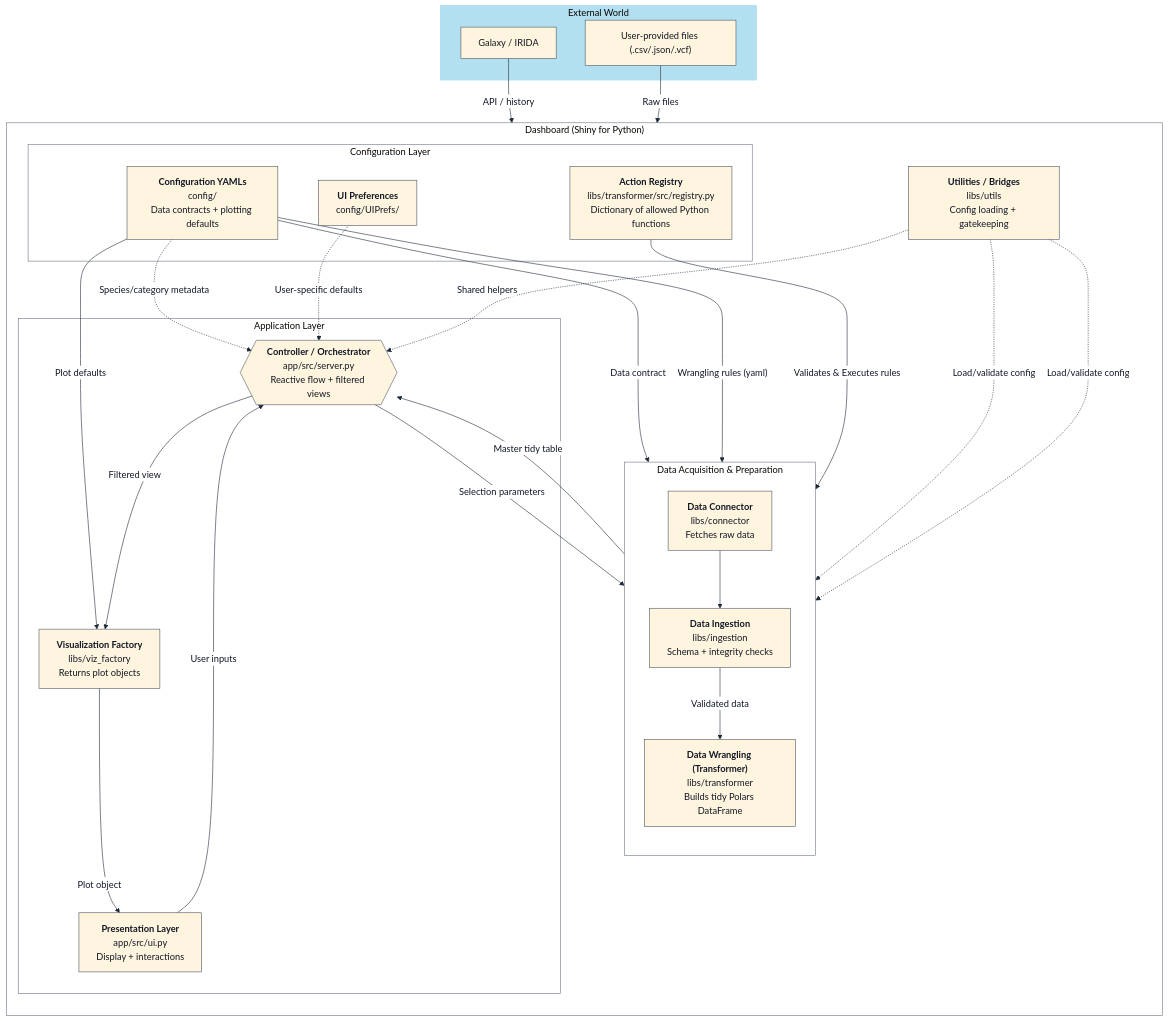
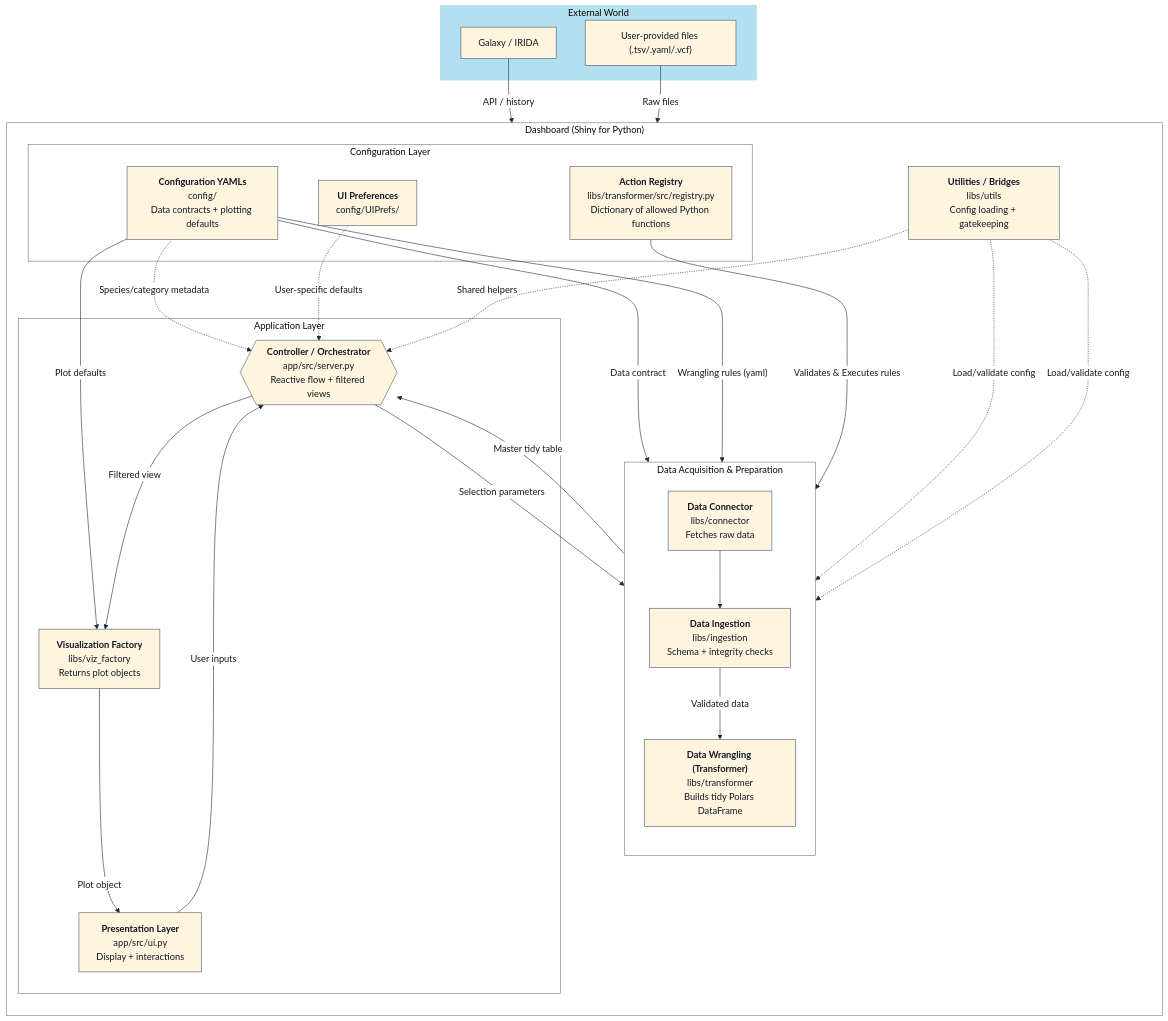
One commit to NorwegianVeterinaryInstitute/SPARMVET_VIZ changed the diagram in docs/architecture/_mermaid.mmd. Above: the diagram before and after it, drawn with Mermaid. The commit also changed 44 other files, not shown here.

Commit message:
feat: Introduce new connector adapters, app server, and UI components, while refining transformer actions, ingestion logic, and architecture documentation.

```diff
--- a/docs/architecture/_mermaid.mmd
+++ b/docs/architecture/_mermaid.mmd
@@ -1,77 +1,77 @@
 %%{init: {
     "theme": "base",
     "themeVariables": {
         "clusterBkg": "transparent",
         "clusterBorder": "#6b7280",
         "lineColor": "#1f2937",
         "primaryBorderColor": "#4b5563",
         "primaryTextColor": "#111827",
         "edgeLabelBackground": "#ffffff",
         "stroke-width": "8px",
         "stroke": "#b2e0f0"
     }
 }}%%
 
 
 %% "primaryColor": "transparent",
 %% "secondaryColor": "transparent",
 %% "tertiaryColor": "transparent",
         
 
 
 
 graph TD
     subgraph Ext["External World"]
         Galaxy["Galaxy / IRIDA"]
-        Upload["User-provided files (.csv/.json/.vcf)"]
+        Upload["User-provided files (.tsv/.yaml/.vcf)"]
     end
 
     subgraph Dash["Dashboard (Shiny for Python)"]
         direction TB
 
         subgraph DataPath["Data Acquisition & Preparation"]
             direction TB
             Connector["<b>Data Connector</b><br/>libs/connector<br/>Fetches raw data"]
             Ingest["<b>Data Ingestion</b><br/>libs/ingestion<br/>Schema + integrity checks"]
             Transform["<b>Data Wrangling (Transformer)</b><br/>libs/transformer<br/>Builds tidy Polars DataFrame"]
         end
 
         subgraph ConfigLayer["Configuration Layer"]
             Config["<b>Configuration YAMLs</b><br/>config/<br/>Data contracts + plotting defaults"]
             ActionReg["<b>Action Registry</b><br/>libs/transformer/src/registry.py<br/>Dictionary of allowed Python functions"]
             UIPrefs["<b>UI Preferences</b><br/>config/UIPrefs/"]
         end
 
         Utils["<b>Utilities / Bridges</b><br/>libs/utils<br/>Config loading + gatekeeping"]
 
         subgraph AppLayer["Application Layer"]
             Controller{{"<b>Controller / Orchestrator</b><br/>app/src/server.py<br/>Reactive flow + filtered views"}}
             Factory["<b>Visualization Factory</b><br/>libs/viz_factory<br/>Returns plot objects"]
             UI["<b>Presentation Layer</b><br/>app/src/ui.py<br/>Display + interactions"]
         end
     end
 
     Galaxy -->|"API / history"| Connector
     Upload -->|"Raw files"| Ingest
     Connector --> Ingest
     Ingest -->|"Validated data"| Transform
 
     Config -->|"Data contract"| Ingest
     Config -->|"Wrangling rules (yaml)"| Transform
     ActionReg -->|"Validates & Executes rules"| Transform
     Config -->|"Plot defaults"| Factory
     Config -.->|"Species/category metadata"| Controller
     UIPrefs -.->|"User-specific defaults"| Controller
 
     Utils -.->|"Load/validate config"| Ingest
     Utils -.->|"Load/validate config"| Transform
     Utils -.->|"Shared helpers"| Controller
 
     Transform -->|"Master tidy table"| Controller
     Controller -->|"Filtered view"| Factory
     Factory -->|"Plot object"| UI
     UI -->|"User inputs"| Controller
     Controller -->|"Selection parameters"| Transform
 
     %% Styling
     style Ext fill:#b2e0f0,stroke:#b2e0f0,stroke-width:2px
```
